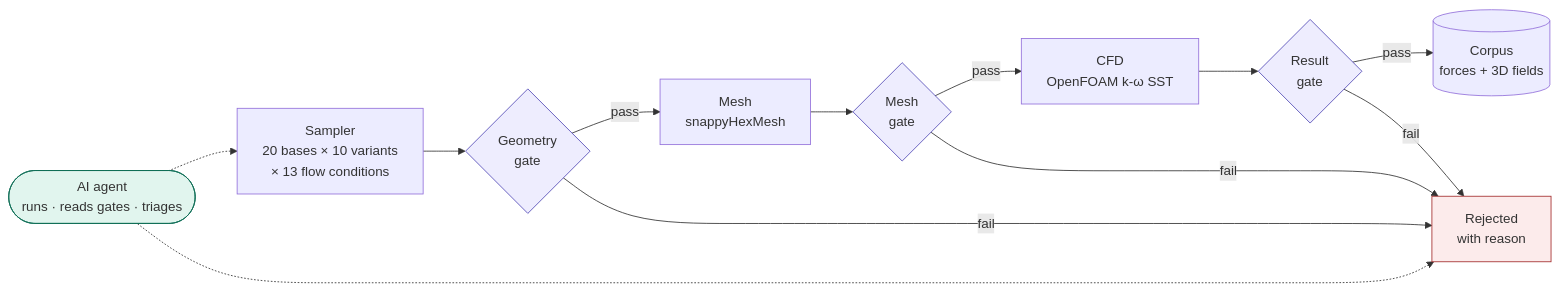
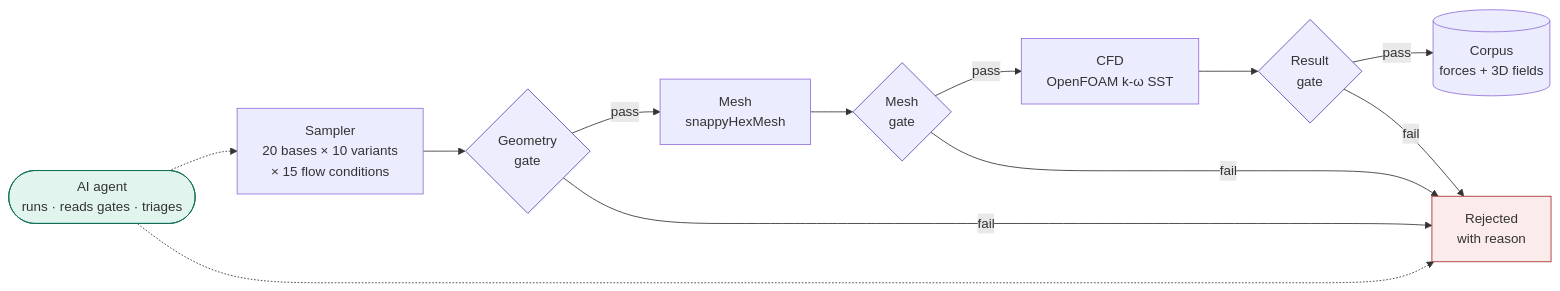
The first of 2 diagrams in README.md (SaiKiranKumarNalla/auv-hull-surrogate), drawn with Mermaid before and after one commit. The commit also changed other lines of this file and 2 other files, not shown here.

Commit message:
Plans: 3,000-run corpus with the 15 flow conditions table

````diff
--- a/README.md
+++ b/README.md
@@ -29,19 +29,19 @@
 ```mermaid
 flowchart LR
-    S["Sampler<br/>20 bases × 10 variants<br/>× 13 flow conditions"] --> G{"Geometry<br/>gate"}
+    S["Sampler<br/>20 bases × 10 variants<br/>× 15 flow conditions"] --> G{"Geometry<br/>gate"}
     G -->|pass| M["Mesh<br/>snappyHexMesh"]
     M --> MG{"Mesh<br/>gate"}
     MG -->|pass| C["CFD<br/>OpenFOAM k-ω SST"]
     C --> RG{"Result<br/>gate"}
     RG -->|pass| DB[("Corpus<br/>forces + 3D fields")]
     G -->|fail| R["Rejected<br/>with reason"]
     MG -->|fail| R
     RG -->|fail| R
     A(["AI agent<br/>runs · reads gates · triages"]) -.-> S
     A -.-> R
     style G fill:#EEEDFE,stroke:#534AB7
     style MG fill:#EEEDFE,stroke:#534AB7
     style RG fill:#EEEDFE,stroke:#534AB7
     style R fill:#FCEBEB,stroke:#A32D2D
     style A fill:#E1F5EE,stroke:#0F6E56
 ```
````
